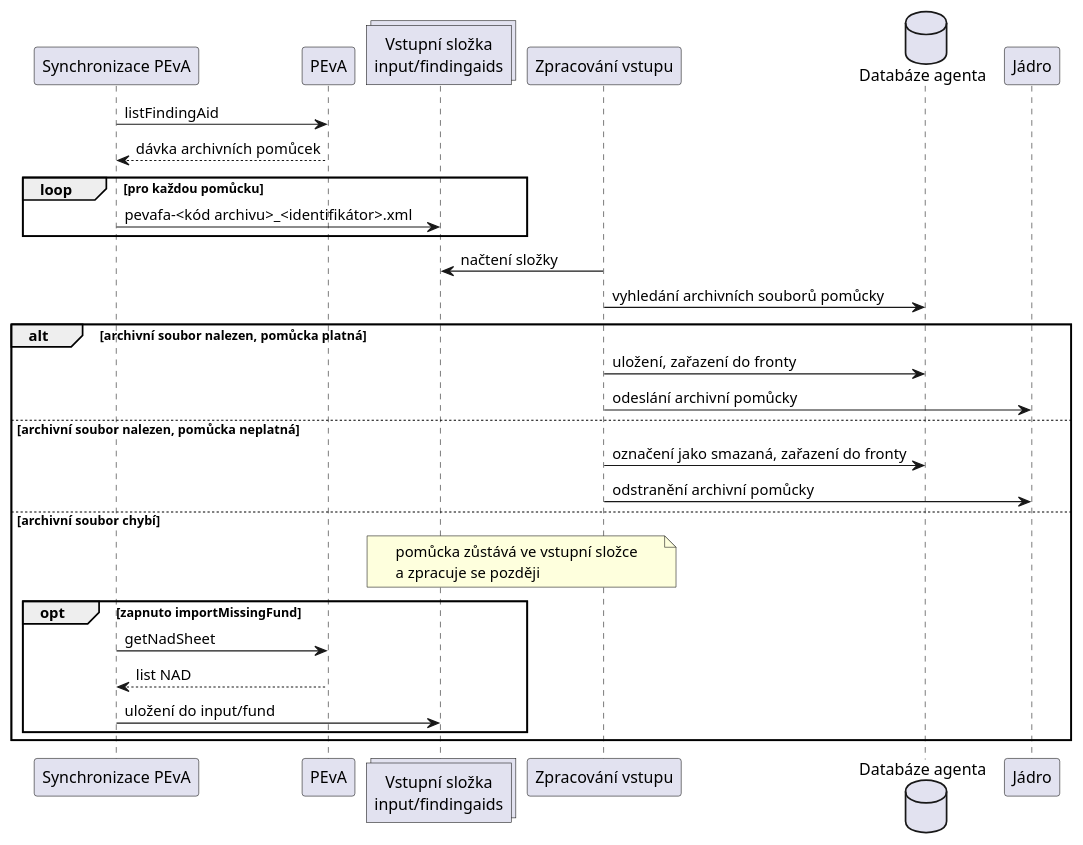
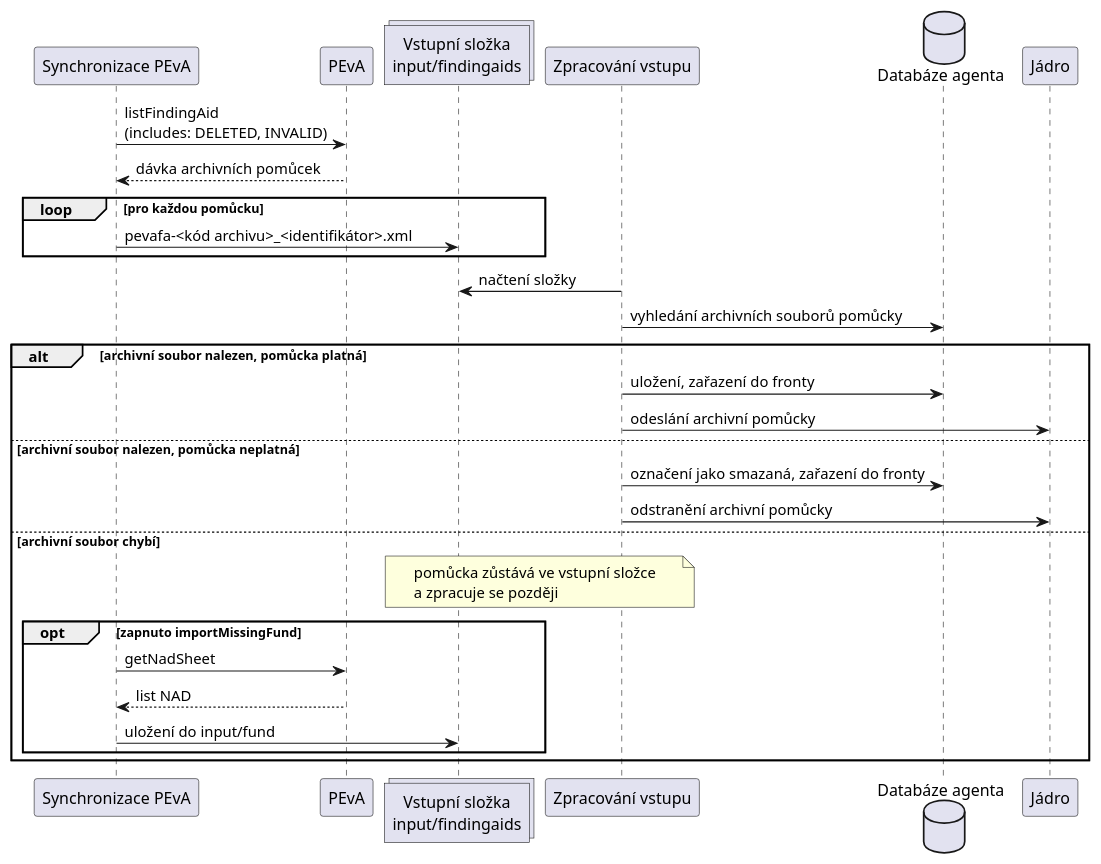
Before and after one commit to elzasw/aron-old-g1: the fourth of 4 diagrams in doc/source/transfagent/peva.rst, drawn with PlantUML. The commit also changed other lines of this file, not shown here.

```diff
--- a/doc/source/transfagent/peva.rst
+++ b/doc/source/transfagent/peva.rst
@@ -312,33 +409,33 @@
 .. uml::
     :caption: Import archivní pomůcky
     :align: center
 
     participant "Synchronizace PEvA" as SYNC
     participant "PEvA" as PEVA
     collections "Vstupní složka\ninput/findingaids" as IN
     participant "Zpracování vstupu" as PROC
     database "Databáze agenta" as DB
     participant "Jádro" as CORE
 
-    SYNC -> PEVA : listFindingAid
+    SYNC -> PEVA : listFindingAid\n(includes: DELETED, INVALID)
     PEVA --> SYNC : dávka archivních pomůcek
     loop pro každou pomůcku
       SYNC -> IN : pevafa-<kód archivu>_<identifikátor>.xml
     end
 
     PROC -> IN : načtení složky
     PROC -> DB : vyhledání archivních souborů pomůcky
     alt archivní soubor nalezen, pomůcka platná
       PROC -> DB : uložení, zařazení do fronty
       PROC -> CORE : odeslání archivní pomůcky
     else archivní soubor nalezen, pomůcka neplatná
       PROC -> DB : označení jako smazaná, zařazení do fronty
       PROC -> CORE : odstranění archivní pomůcky
     else archivní soubor chybí
       note over PROC, IN : pomůcka zůstává ve vstupní složce\na zpracuje se později
       opt zapnuto importMissingFund
         SYNC -> PEVA : getNadSheet
         PEVA --> SYNC : list NAD
         SYNC -> IN : uložení do input/fund
       end
     end
```
